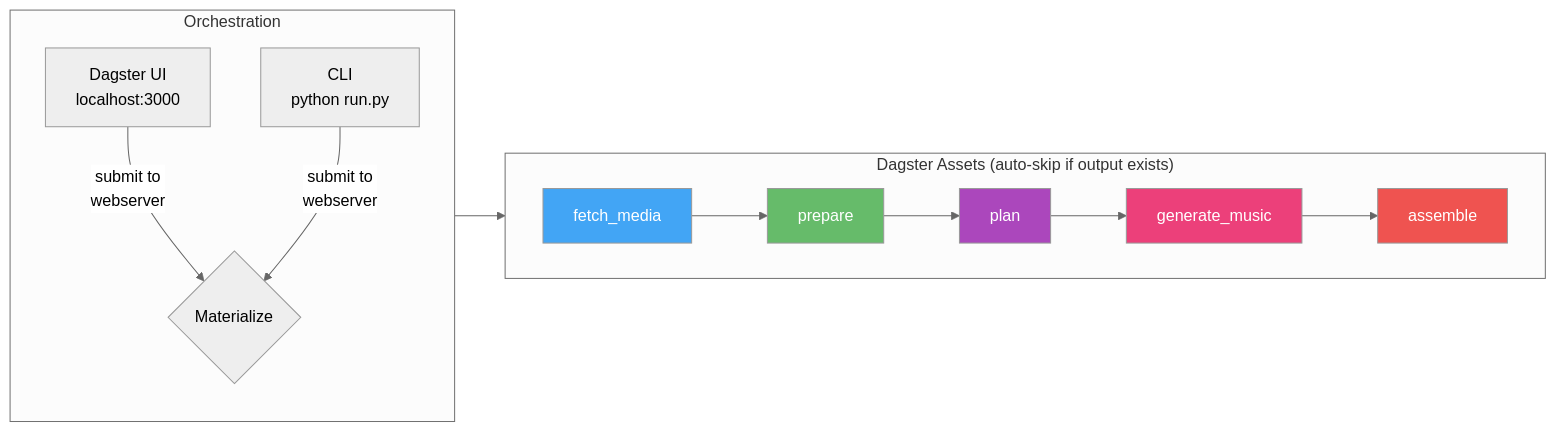
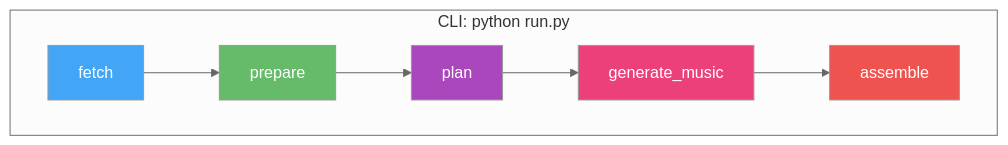
The diagram in README.md (Guoyuer/reelsmith), drawn with Mermaid (neutral theme) before and after one commit. The commit also changed other lines of this file, not shown here.

````diff
--- a/README.md
+++ b/README.md
@@ -7,25 +7,16 @@
 ```mermaid
 flowchart LR
-    subgraph Orchestration
-        direction TB
-        DG[Dagster UI<br/>localhost:3000]
-        CLI[CLI<br/>python run.py]
-        DG & CLI -->|submit to<br/>webserver| MAT{Materialize}
-    end
-
-    subgraph "Dagster Assets (auto-skip if output exists)"
+    subgraph "CLI: python run.py"
         direction LR
-        FM[fetch_media] --> PR[prepare]
+        FM[fetch] --> PR[prepare]
         PR --> PL[plan]
         PL --> GM[generate_music]
         GM --> AS[assemble]
     end
-
-    MAT --> FM
 
     style FM fill:#42A5F5,color:#fff
     style PR fill:#66BB6A,color:#fff
     style PL fill:#AB47BC,color:#fff
     style GM fill:#EC407A,color:#fff
     style AS fill:#EF5350,color:#fff
 ```
````
